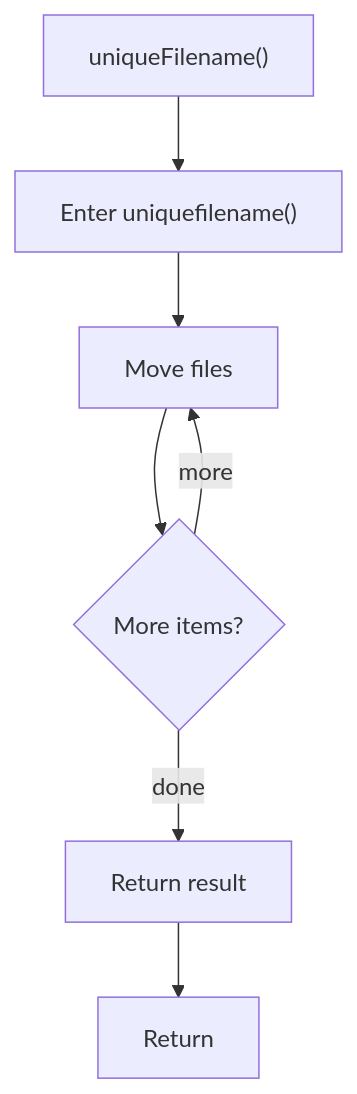
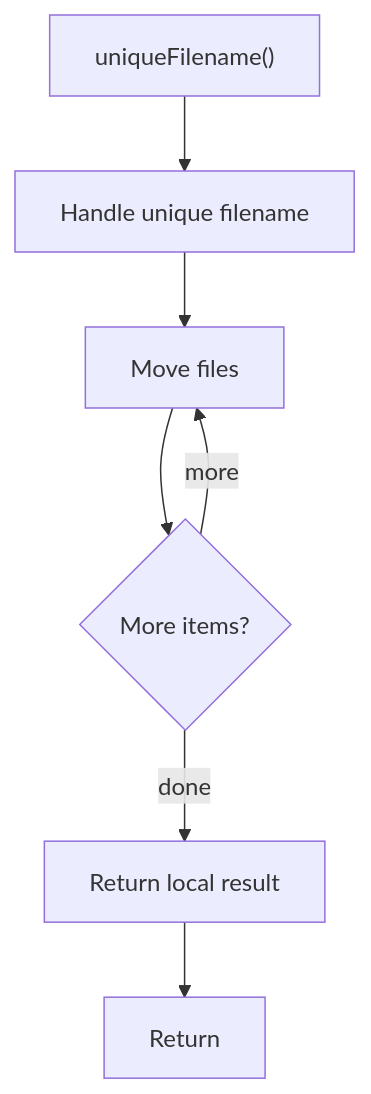
Before and after one commit to JohnAndrewBalbarosa/NeoTerritory: the third of 3 diagrams in docs/Codebase/Backend/src/utils/fileUtils.js.md, drawn with Mermaid. The commit also changed other lines of this file and 925 other files, not shown here.

````diff
--- a/docs/Codebase/Backend/src/utils/fileUtils.js.md
+++ b/docs/Codebase/Backend/src/utils/fileUtils.js.md
@@ -97,15 +96,15 @@
 ```mermaid
 flowchart TD
     Start["uniqueFilename()"]
-    N0["Enter uniquefilename()"]
+    N0["Handle unique filename"]
     N1["Move files"]
     L1{"More items?"}
-    N2["Return result"]
+    N2["Return local result"]
     End["Return"]
     Start --> N0
     N0 --> N1
     N1 --> L1
     L1 -->|more| N1
     L1 -->|done| N2
     N2 --> End
 ```
````
